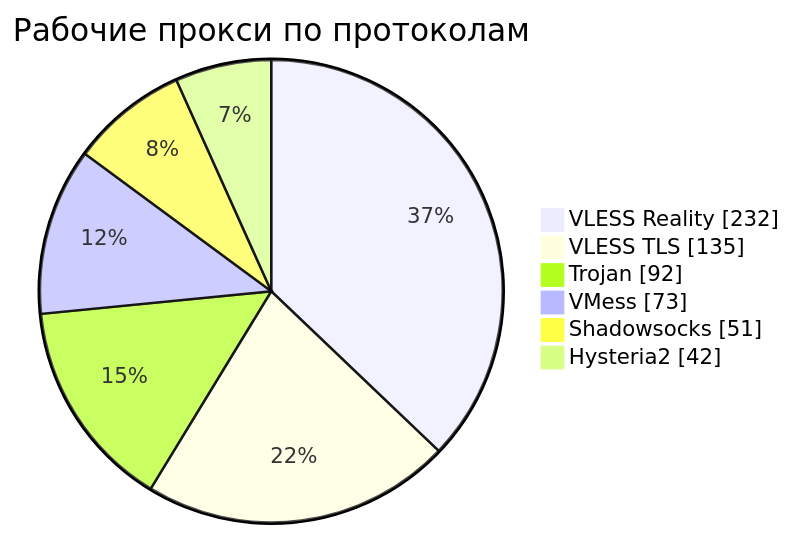
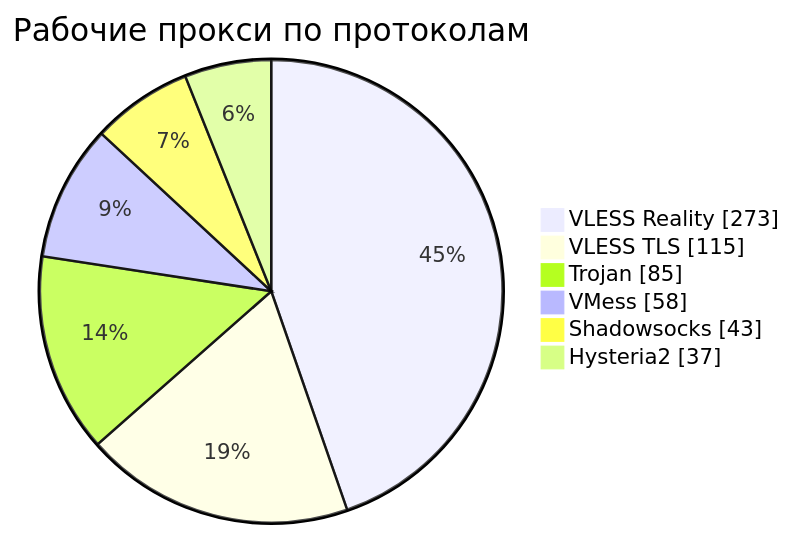
Before and after one commit to rvvg/proxy-subs: the third of 4 diagrams in README.md, drawn with Mermaid. The commit also changed other lines of this file and 50 other files, not shown here.

````diff
--- a/README.md
+++ b/README.md
@@ -137,10 +136,10 @@
 ```mermaid
 pie showData
     title Рабочие прокси по протоколам
-    "VLESS Reality" : 232
-    "VLESS TLS" : 135
-    "Trojan" : 92
-    "VMess" : 73
-    "Shadowsocks" : 51
-    "Hysteria2" : 42
+    "VLESS Reality" : 273
+    "VLESS TLS" : 115
+    "Trojan" : 85
+    "VMess" : 58
+    "Shadowsocks" : 43
+    "Hysteria2" : 37
 ```
````
